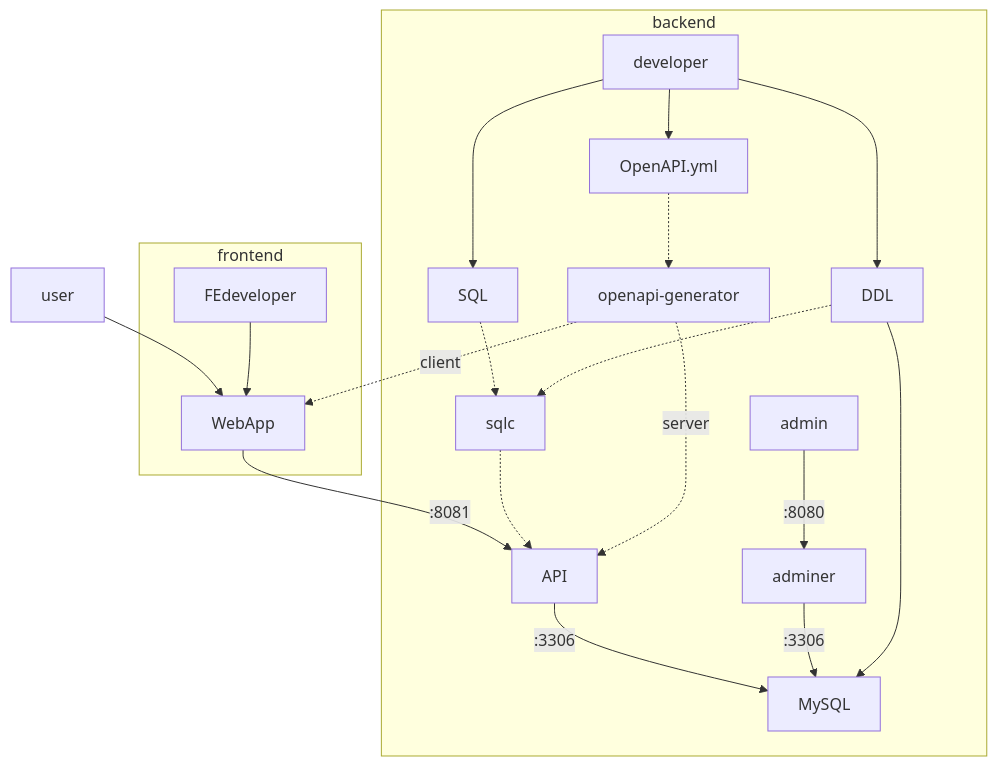
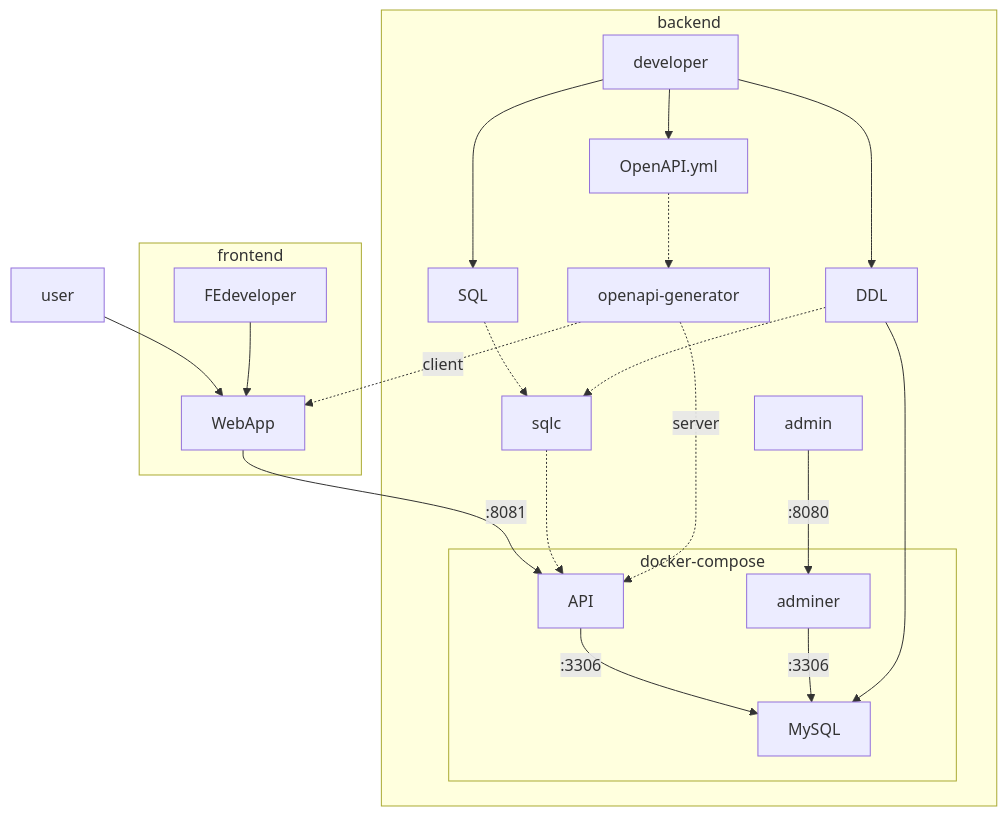
Before and after one commit to umemak/eventsite_go: the diagram in README.md, drawn with Mermaid.

Commit message:
update graph

````diff
--- a/README.md
+++ b/README.md
@@ -3,29 +3,34 @@
 ```mermaid
 graph TB
 
 user --> WebApp
 
 WebApp -- :8081 --> API
 
 subgraph backend
   developer --> DDL
   developer --> SQL
   developer --> OpenAPI.yml
   OpenAPI.yml -.-> openapi-generator
   SQL -.-> sqlc
   DDL -.-> sqlc
   sqlc -.-> API
   admin -- :8080 --> adminer
   API -- :3306 --> MySQL
   adminer -- :3306 --> MySQL
+  subgraph docker-compose
+    MySQL
+    API
+    adminer
+  end
 end
 
 subgraph frontend
   FEdeveloper --> WebApp
 end
 
 openapi-generator -. server .-> API
 openapi-generator -. client .-> WebApp
 
 DDL --> MySQL
 ```
````
